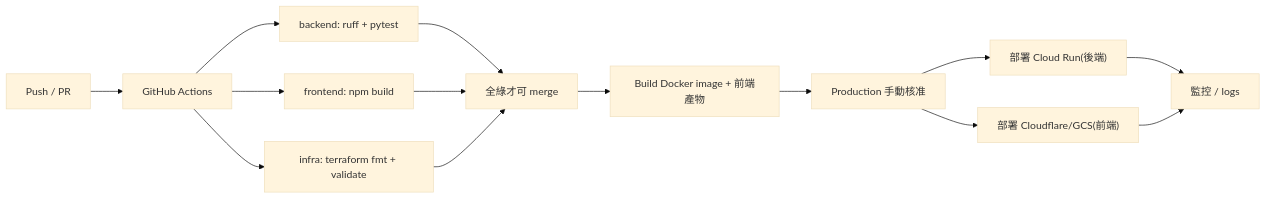
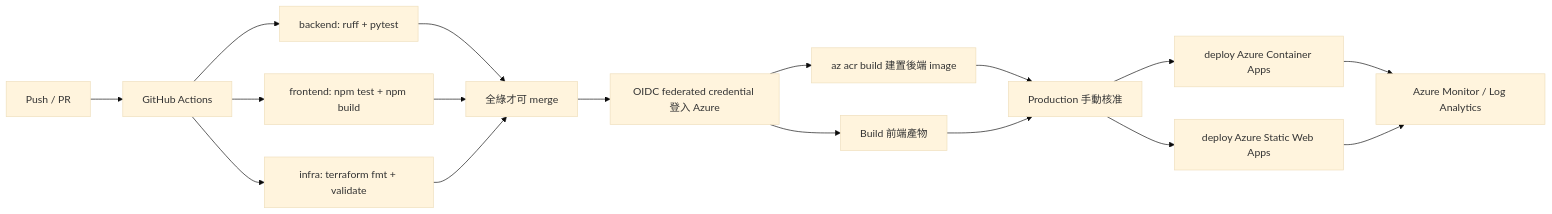
One commit to aoitsukikage-eng/trip-weather-planner changed the diagram in docs/cicd_flow.md. Above: the diagram before and after it, drawn with Mermaid (base theme). The commit also changed other lines of this file and 4 other files, not shown here.

Commit message:
docs: rewrite deliverables for azure architecture

````diff
--- a/docs/cicd_flow.md
+++ b/docs/cicd_flow.md
@@ -6,16 +6,19 @@
 ```mermaid
 flowchart LR
   DEV["Push / PR"] --> CI["GitHub Actions"]
   CI --> B["backend: ruff + pytest"]
-  CI --> F["frontend: npm build"]
+  CI --> F["frontend: npm test + npm build"]
   CI --> I["infra: terraform fmt + validate"]
   B --> GATE["全綠才可 merge"]
   F --> GATE
   I --> GATE
-  GATE --> BUILD["Build Docker image + 前端產物"]
-  BUILD --> APPROVE["Production 手動核准"]
-  APPROVE --> DEPLOYAPI["部署 Cloud Run(後端)"]
-  APPROVE --> DEPLOYFE["部署 Cloudflare/GCS(前端)"]
-  DEPLOYAPI --> OBS["監控 / logs"]
+  GATE --> AZLOGIN["OIDC federated credential 登入 Azure"]
+  AZLOGIN --> ACRBUILD["az acr build 建置後端 image"]
+  AZLOGIN --> SWABUILD["Build 前端產物"]
+  ACRBUILD --> APPROVE["Production 手動核准"]
+  SWABUILD --> APPROVE
+  APPROVE --> DEPLOYAPI["deploy Azure Container Apps"]
+  APPROVE --> DEPLOYFE["deploy Azure Static Web Apps"]
+  DEPLOYAPI --> OBS["Azure Monitor / Log Analytics"]
   DEPLOYFE --> OBS
 ```
````
